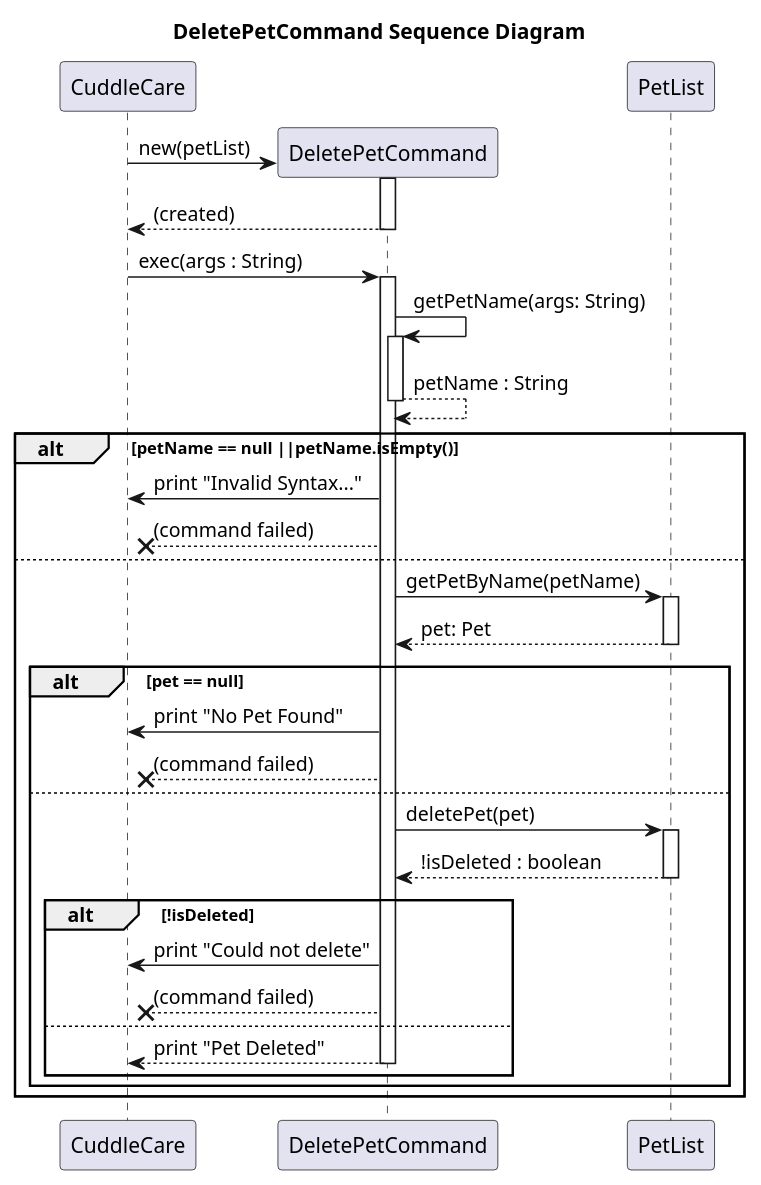
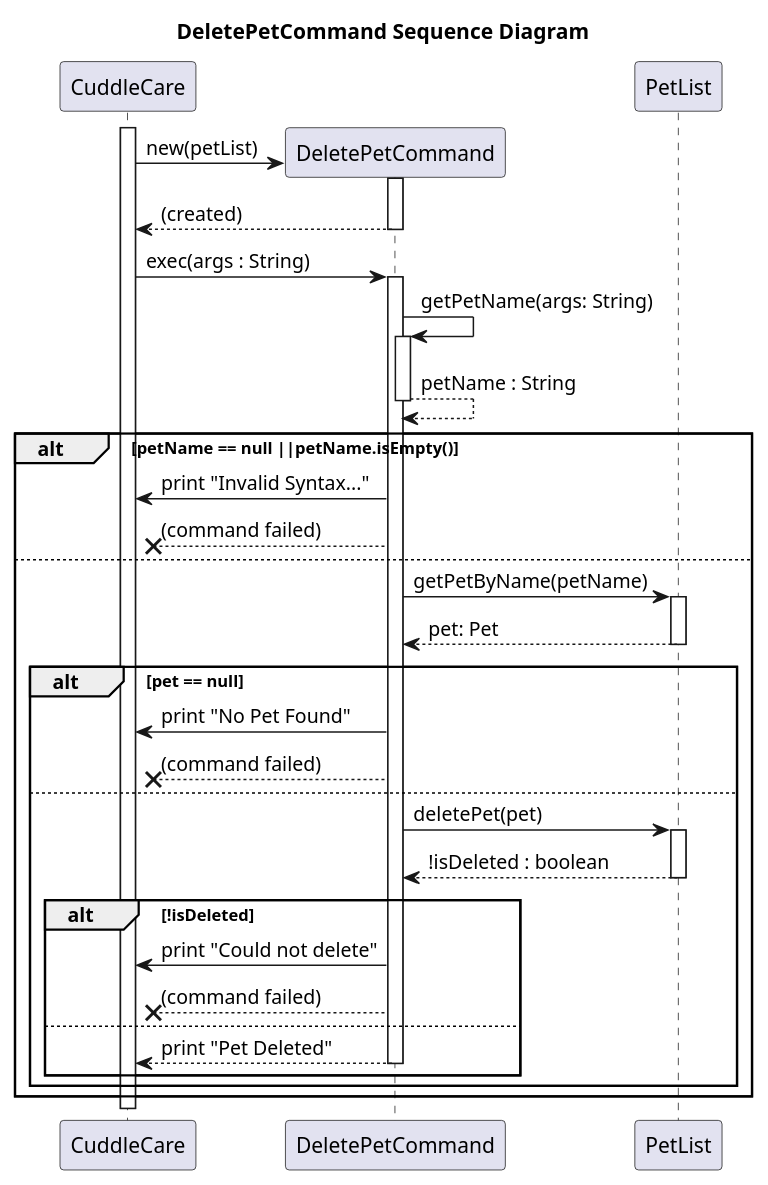
One commit to Kevin88866/tp changed the diagram in docs/uml/DeletePetCommandSequenceDiagram.puml. Above: the diagram before and after it, drawn with PlantUML.

Commit message:
Activate CuddleCare in DG

```diff
--- a/docs/uml/DeletePetCommandSequenceDiagram.puml
+++ b/docs/uml/DeletePetCommandSequenceDiagram.puml
@@ -1,52 +1,54 @@
 @startuml
 title DeletePetCommand Sequence Diagram
+
+activate CuddleCare
 
 ' Constructor
 CuddleCare -> DeletePetCommand** : new(petList)
 activate DeletePetCommand
 return (created)
 
 ' Exec Method
 CuddleCare -> DeletePetCommand : exec(args : String)
 activate DeletePetCommand
 
 ' getPetName Method
 DeletePetCommand -> DeletePetCommand : getPetName(args: String)
 activate DeletePetCommand
 return petName : String
 
 ' if input was invalid
 alt petName == null ||petName.isEmpty()
     DeletePetCommand -> CuddleCare : print "Invalid Syntax..."
     DeletePetCommand --x CuddleCare : (command failed)
 
 else
     DeletePetCommand -> PetList : getPetByName(petName)
     activate PetList
     return pet: Pet
 
     ' if invalid pet
     alt pet == null
         DeletePetCommand -> CuddleCare : print "No Pet Found"
         DeletePetCommand --x CuddleCare : (command failed)
 
     else
         DeletePetCommand -> PetList : deletePet(pet)
         activate PetList
         return !isDeleted : boolean
 
         ' if some error in deleting the pet
         alt !isDeleted
             DeletePetCommand -> CuddleCare : print "Could not delete"
             DeletePetCommand --x CuddleCare : (command failed)
 
         else
             ' happy path
             return print "Pet Deleted"
         end
 
     end
 
 end
 
 @enduml
```
